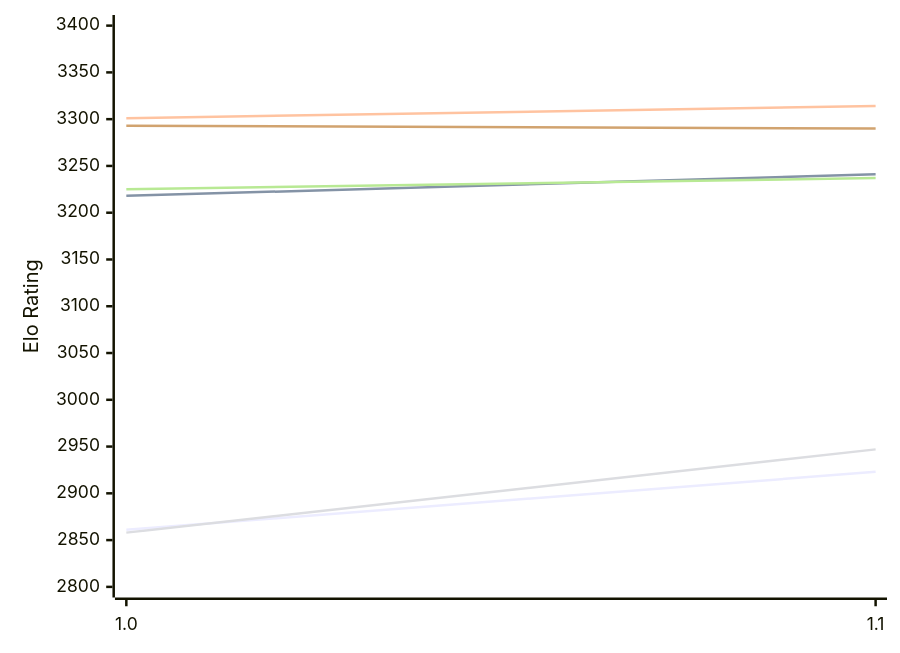
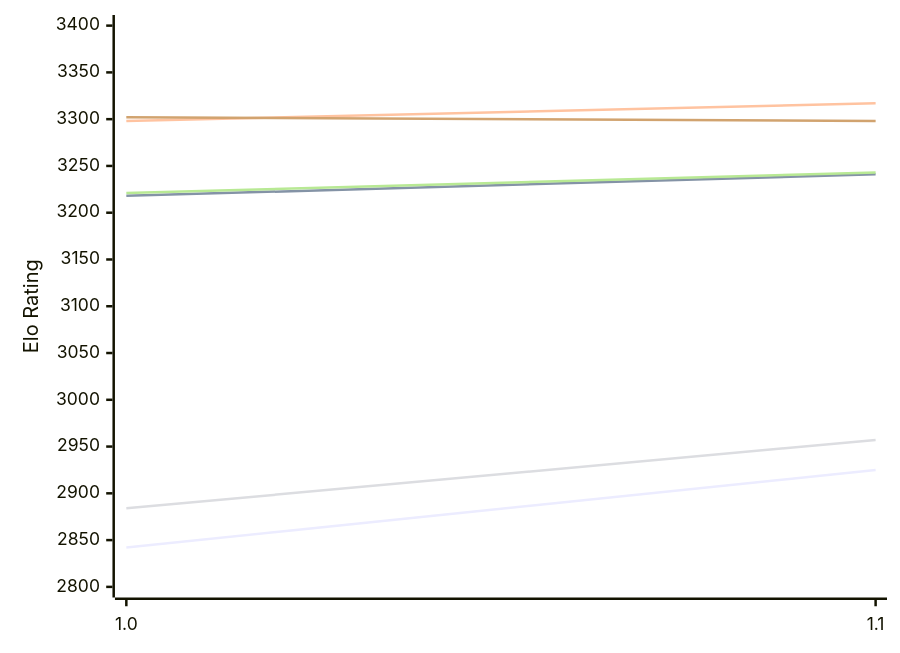
Before and after one commit to computer-chess-index/cci: the first of 2 diagrams in engines/RodentV.md, drawn with Mermaid. The commit also changed other lines of this file, not shown here.

Commit message:
Update CCI Ratings (ELO VLTC) - 2026-11-25

````diff
--- a/engines/RodentV.md
+++ b/engines/RodentV.md
@@ -50,12 +50,12 @@
 ```mermaid
 %%{init: {"theme":"base","themeVariables":{"seriesColors:['#a3a3a3','#222221','#faa371']}}}%%
 xychart-beta
   x-axis ["1.0", "1.1"]
   y-axis "Elo Rating" 2800 --> 3400
-  line "E1: STC (8.0+0.08s)" [2861, 2923]
+  line "E1: STC (8.0+0.08s)" [2842, 2925]
   line "E1: LTC (60.0+0.60s)" [3218, 3241]
-  line "E1: VLTC (2m24s+1.12s)" [3301, 3314]
-  line "P1: STC (8.0+0.08s)" [2858, 2947]
-  line "P1: LTC (60.0+0.60s)" [3225, 3237]
-  line "P1: VLTC (2m24s+1.12s)" [3293, 3290]
+  line "E1: VLTC (2m24s+1.12s)" [3298, 3317]
+  line "P1: STC (8.0+0.08s)" [2884, 2957]
+  line "P1: LTC (60.0+0.60s)" [3221, 3243]
+  line "P1: VLTC (2m24s+1.12s)" [3302, 3298]
 ```
````
